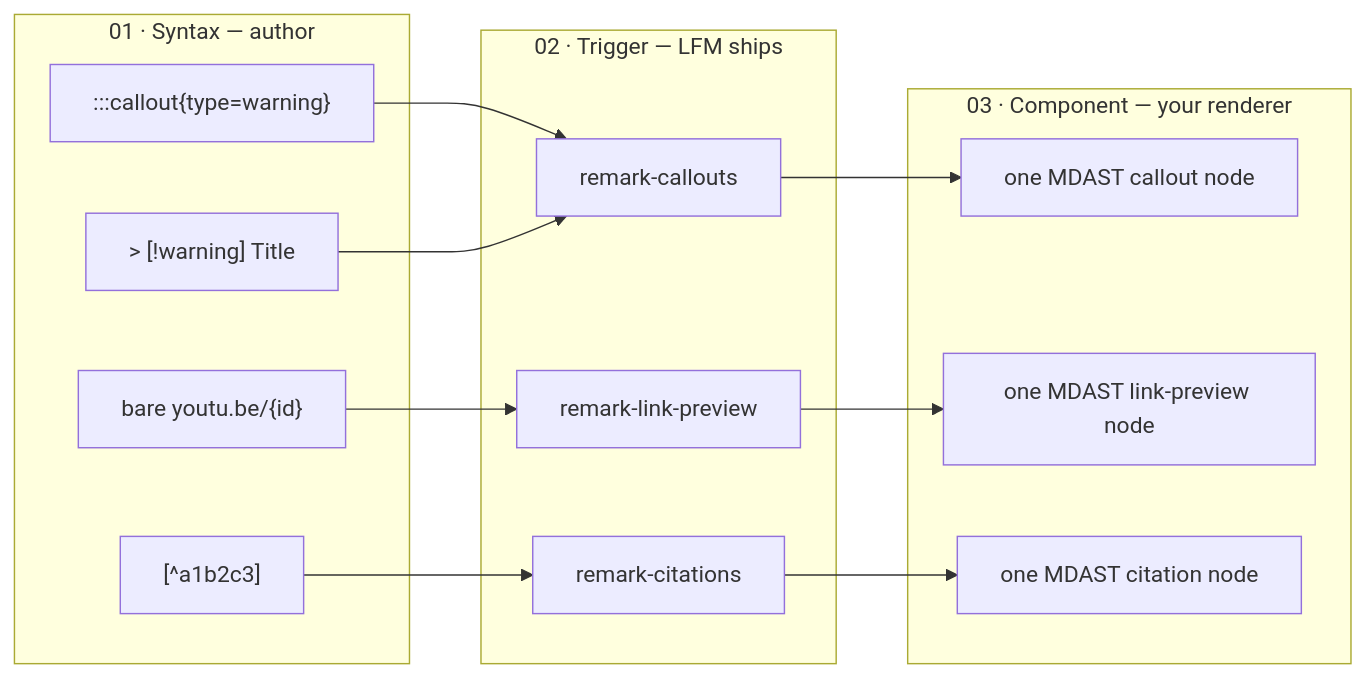
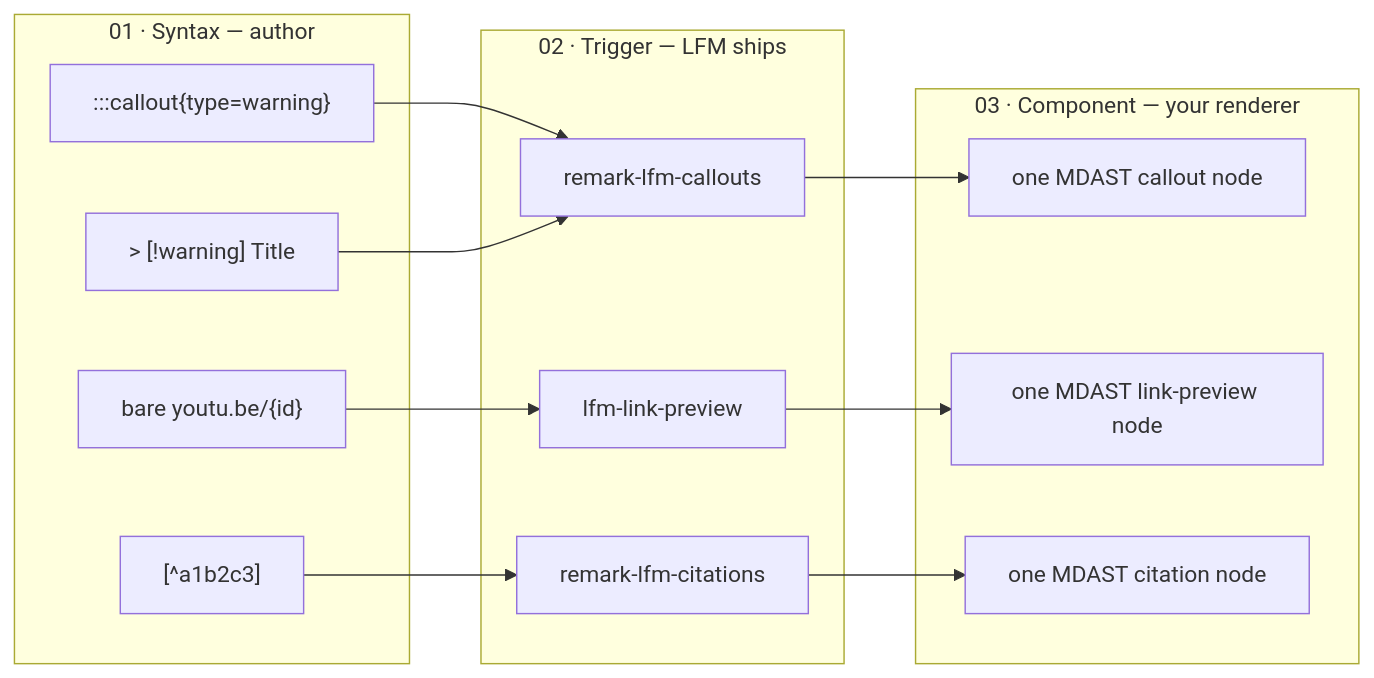
The diagram in README.md (lossless-group/lossless-flavored-markdown-package), drawn with Mermaid before and after one commit. The commit also changed other lines of this file and 38 other files, not shown here.

````diff
--- a/README.md
+++ b/README.md
@@ -15,29 +15,29 @@
 ```mermaid
 flowchart LR
     subgraph SYN["01 · Syntax — author"]
         S1[":::callout{type=warning}"]
         S2["&gt; [!warning] Title"]
         S3["bare youtu.be/{id}"]
         S4["[^a1b2c3]"]
     end
 
     subgraph TRG["02 · Trigger — LFM ships"]
-        T1["remark-callouts"]
-        T2["remark-link-preview"]
-        T3["remark-citations"]
+        T1["remark-lfm-callouts"]
+        T2["lfm-link-preview"]
+        T3["remark-lfm-citations"]
     end
 
     subgraph CMP["03 · Component — your renderer"]
         C1["one MDAST callout node"]
         C2["one MDAST link-preview node"]
         C3["one MDAST citation node"]
     end
 
     S1 --> T1
     S2 --> T1
     S3 --> T2
     S4 --> T3
     T1 --> C1
     T2 --> C2
     T3 --> C3
 ```
````
